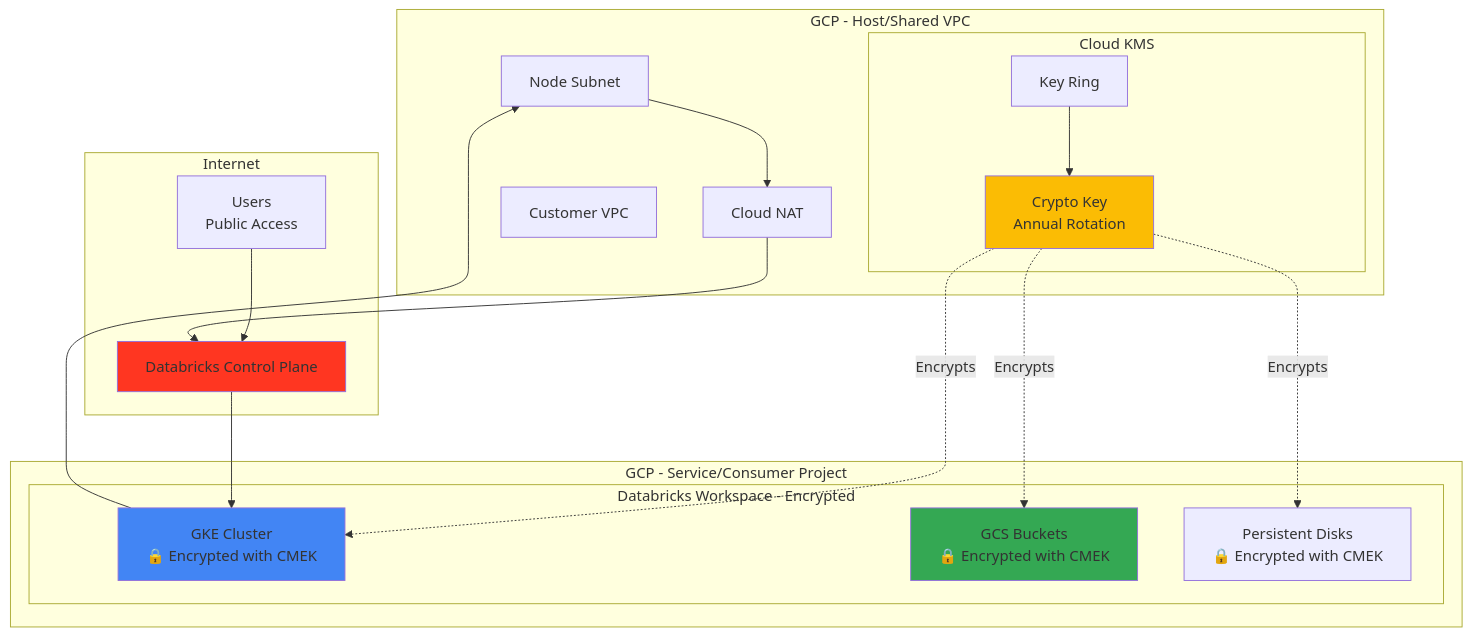
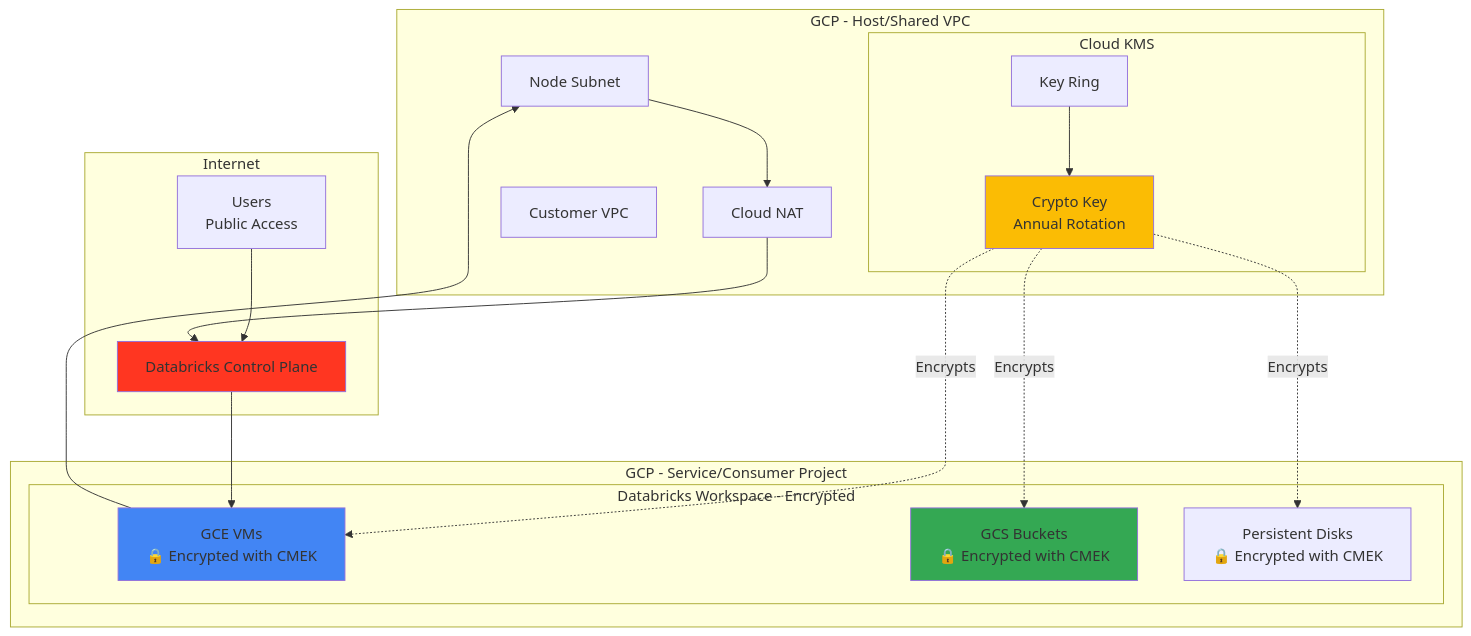
One commit to bhavink/databricks changed the fifth of 15 diagrams in gcpdb4u/templates/terraform-scripts/readme.md. Above: the diagram before and after it, drawn with Mermaid. The commit also changed other lines of this file and 11 other files, not shown here.

First line of the commit message:
docs(gcpdb4u): remove GKE refs; classic compute is now GCE-based

````diff
--- a/gcpdb4u/templates/terraform-scripts/readme.md
+++ b/gcpdb4u/templates/terraform-scripts/readme.md
@@ -272,42 +272,42 @@
 ```mermaid
 graph TB
     subgraph "GCP - Host/Shared VPC"
         VPC[Customer VPC]
         SUBNET[Node Subnet]
         NAT[Cloud NAT]
 
         subgraph "Cloud KMS"
             KEYRING[Key Ring]
             KEY[Crypto Key<br/>Annual Rotation]
         end
     end
 
     subgraph "GCP - Service/Consumer Project"
         subgraph "Databricks Workspace - Encrypted"
-            GKE[GKE Cluster<br/>🔒 Encrypted with CMEK]
+            GCE[GCE VMs<br/>🔒 Encrypted with CMEK]
             GCS[GCS Buckets<br/>🔒 Encrypted with CMEK]
             DISK[Persistent Disks<br/>🔒 Encrypted with CMEK]
         end
     end
 
     subgraph "Internet"
         USERS[Users<br/>Public Access]
         CONTROL[Databricks Control Plane]
     end
 
     KEYRING --> KEY
     KEY -.Encrypts.-> GCS
     KEY -.Encrypts.-> DISK
-    KEY -.Encrypts.-> GKE
+    KEY -.Encrypts.-> GCE
 
     USERS --> CONTROL
-    CONTROL --> GKE
+    CONTROL --> GCE
     SUBNET --> NAT
     NAT --> CONTROL
-    GKE --> SUBNET
+    GCE --> SUBNET
 
     style KEY fill:#FBBC04
     style GCS fill:#34A853
-    style GKE fill:#4285F4
+    style GCE fill:#4285F4
     style CONTROL fill:#FF3621
 ```
````
